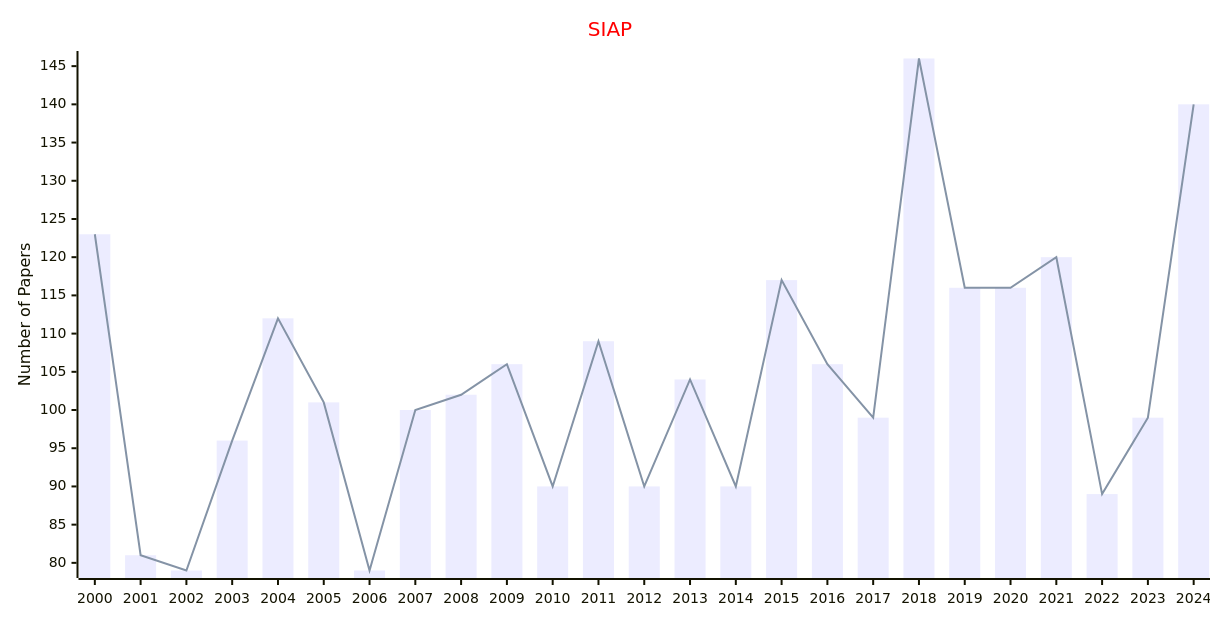
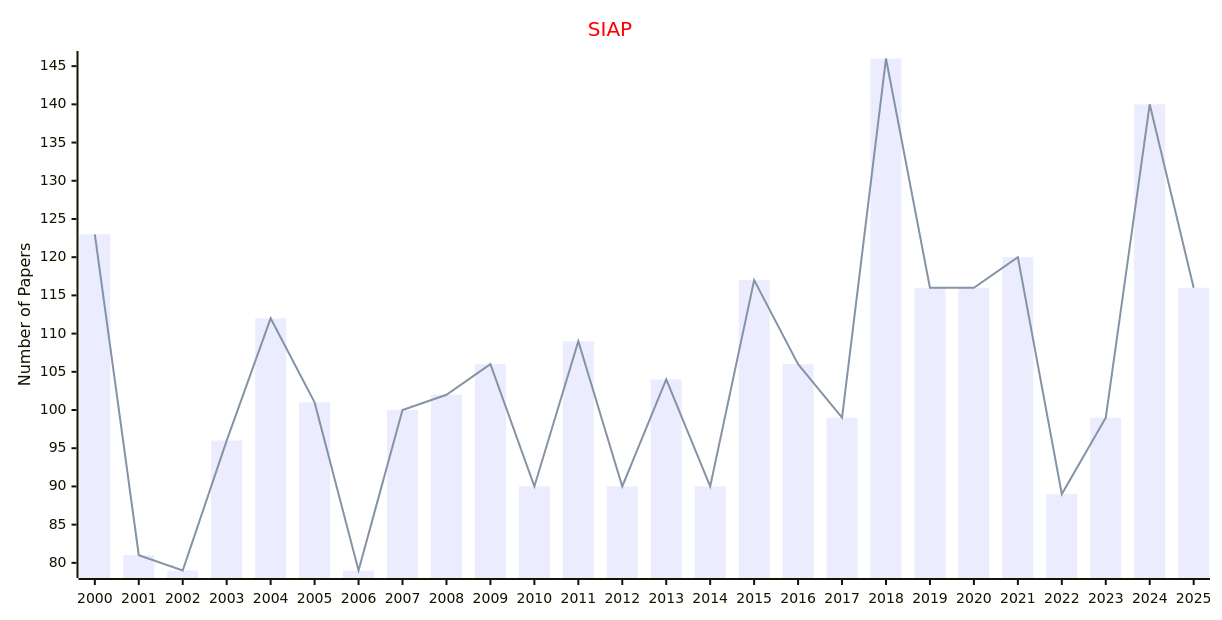
One commit to Easy-PhD/AILinks changed the third of 4 diagrams in docs/data/Journals/Statistics_Journals/Applied_Mathematics.md. Above: the diagram before and after it, drawn with Mermaid. The commit also changed 93 other files, not shown here.

````diff
--- a/docs/data/Journals/Statistics_Journals/Applied_Mathematics.md
+++ b/docs/data/Journals/Statistics_Journals/Applied_Mathematics.md
@@ -57,17 +57,17 @@
 ```mermaid
 ---
 config:
     xyChart:
         width: 1200
         height: 600
     themeVariables:
         xyChart:
             titleColor: "#ff0000"
 ---
 xychart-beta
     title "SIAP"
-    x-axis [2000, 2001, 2002, 2003, 2004, 2005, 2006, 2007, 2008, 2009, 2010, 2011, 2012, 2013, 2014, 2015, 2016, 2017, 2018, 2019, 2020, 2021, 2022, 2023, 2024]
+    x-axis [2000, 2001, 2002, 2003, 2004, 2005, 2006, 2007, 2008, 2009, 2010, 2011, 2012, 2013, 2014, 2015, 2016, 2017, 2018, 2019, 2020, 2021, 2022, 2023, 2024, 2025]
     y-axis "Number of Papers"
-    bar [123, 81, 79, 96, 112, 101, 79, 100, 102, 106, 90, 109, 90, 104, 90, 117, 106, 99, 146, 116, 116, 120, 89, 99, 140]
-    line [123, 81, 79, 96, 112, 101, 79, 100, 102, 106, 90, 109, 90, 104, 90, 117, 106, 99, 146, 116, 116, 120, 89, 99, 140]
+    bar [123, 81, 79, 96, 112, 101, 79, 100, 102, 106, 90, 109, 90, 104, 90, 117, 106, 99, 146, 116, 116, 120, 89, 99, 140, 116]
+    line [123, 81, 79, 96, 112, 101, 79, 100, 102, 106, 90, 109, 90, 104, 90, 117, 106, 99, 146, 116, 116, 120, 89, 99, 140, 116]
 ```
````
